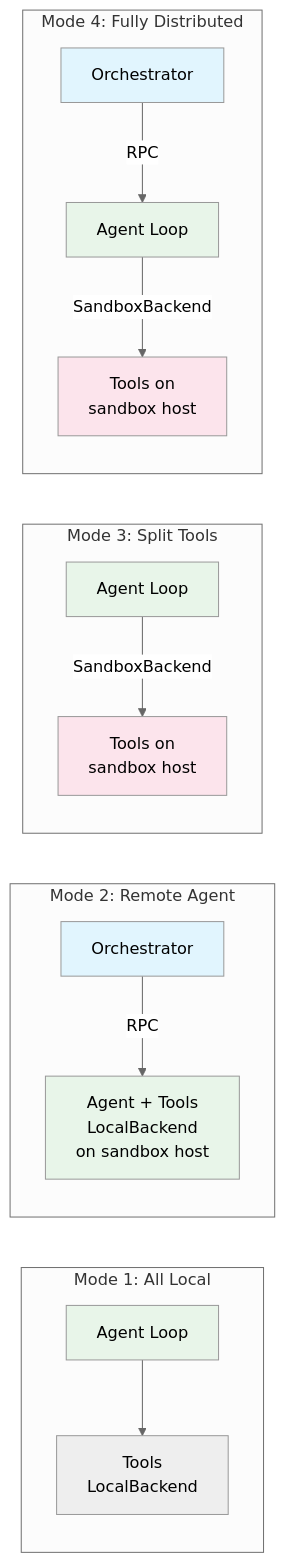
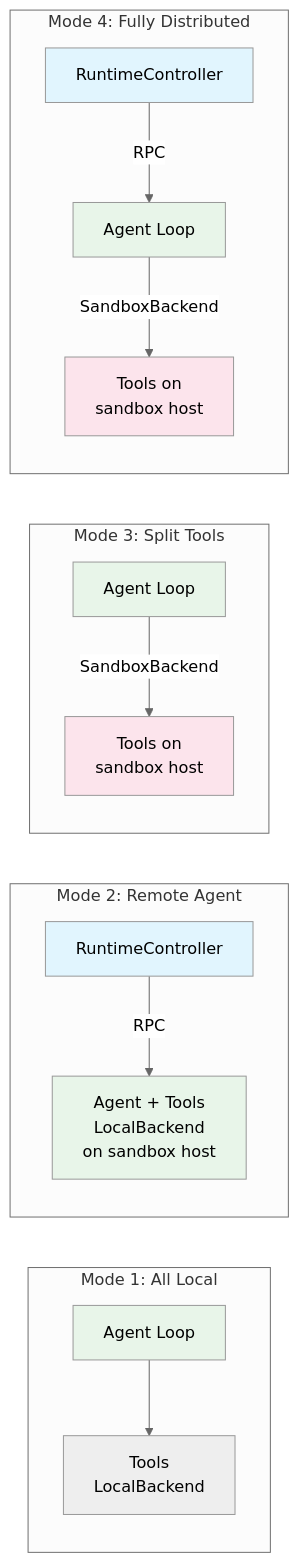
The second of 10 diagrams in docs/plans/00-architecture.md (dcosson/flex-agent-runtime), drawn with Mermaid (neutral theme) before and after one commit. The commit also changed other lines of this file, not shown here.

First line of the commit message:
Rename 'orchestrator' layer to 'RuntimeController' in architecture doc

````diff
--- a/docs/plans/00-architecture.md
+++ b/docs/plans/00-architecture.md
@@ -161,27 +188,27 @@
 ```mermaid
 graph LR
     subgraph "Mode 1: All Local"
         M1A[Agent Loop] --> M1B[Tools<br/>LocalBackend]
     end
 
     subgraph "Mode 2: Remote Agent"
-        M2O[Orchestrator] -->|RPC| M2A[Agent + Tools<br/>LocalBackend<br/>on sandbox host]
+        M2O[RuntimeController] -->|RPC| M2A[Agent + Tools<br/>LocalBackend<br/>on sandbox host]
     end
 
     subgraph "Mode 3: Split Tools"
         M3A[Agent Loop] -->|SandboxBackend| M3B[Tools on<br/>sandbox host]
     end
 
     subgraph "Mode 4: Fully Distributed"
-        M4O[Orchestrator] -->|RPC| M4A[Agent Loop] -->|SandboxBackend| M4B[Tools on<br/>sandbox host]
+        M4O[RuntimeController] -->|RPC| M4A[Agent Loop] -->|SandboxBackend| M4B[Tools on<br/>sandbox host]
     end
 
     style M1A fill:#e8f5e9
     style M2O fill:#e1f5fe
     style M2A fill:#e8f5e9
     style M3A fill:#e8f5e9
     style M3B fill:#fce4ec
     style M4O fill:#e1f5fe
     style M4A fill:#e8f5e9
     style M4B fill:#fce4ec
 ```
````
